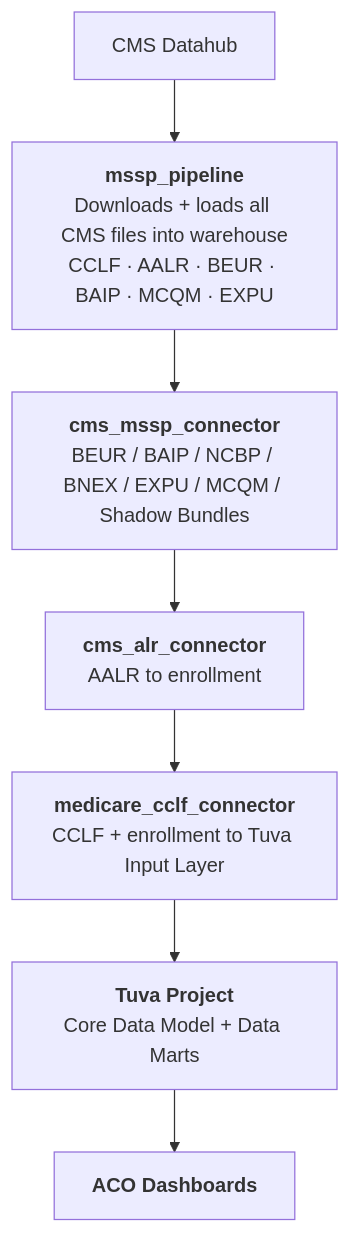
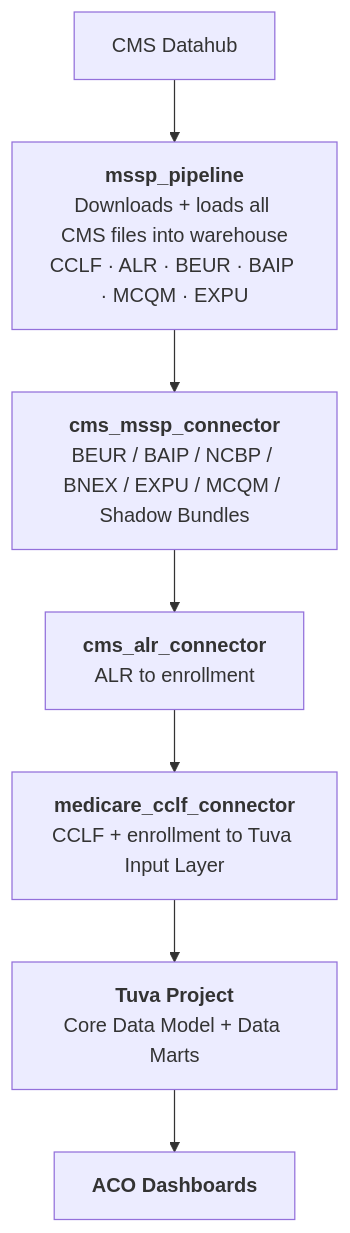
Before and after one commit to tuva-health/tuva: the first of 2 diagrams in docs/docs/mssp-acos/overview.md, drawn with Mermaid. The commit also changed other lines of this file and 3 other files, not shown here.

Commit message:
Update AALR & ALR references to be consistent

````diff
--- a/docs/docs/mssp-acos/overview.md
+++ b/docs/docs/mssp-acos/overview.md
@@ -39,15 +39,15 @@
 ```mermaid
 flowchart TD
     A[CMS Datahub] --> B["`**mssp_pipeline**
 Downloads + loads all CMS files into warehouse
-CCLF · AALR · BEUR · BAIP · MCQM · EXPU`"]
+CCLF · ALR · BEUR · BAIP · MCQM · EXPU`"]
     B --> C["`**cms_mssp_connector**
 BEUR / BAIP / NCBP / BNEX / EXPU / MCQM / Shadow Bundles`"]
     C --> D["`**cms_alr_connector**
-AALR to enrollment`"]
+ALR to enrollment`"]
     D --> E["`**medicare_cclf_connector**
 CCLF + enrollment to Tuva Input Layer`"]
     E --> F["`**Tuva Project**
 Core Data Model + Data Marts`"]
     F --> G["`**ACO Dashboards**`"]
 ```
````
